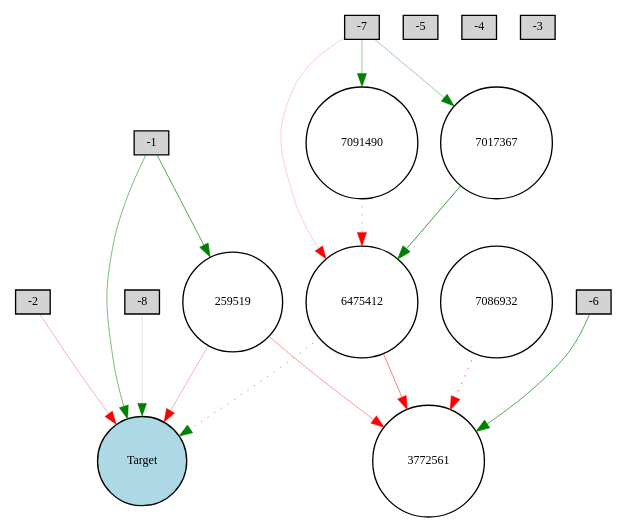
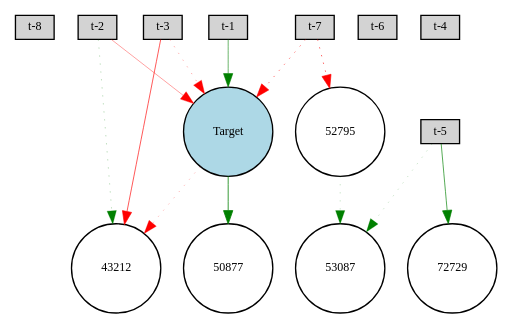
The diagram in sunspot/Digraph.gv (lafengxiaoyu/ENN), drawn with Graphviz before and after one commit. The commit also changed 18 other files, not shown here.

```diff
--- a/sunspot/Digraph.gv
+++ b/sunspot/Digraph.gv
@@ -1,33 +1,29 @@
 digraph {
 	node [fontsize=9 height=0.2 shape=circle width=0.2]
-	-8 [fillcolor=lightgray shape=box style=filled]
-	-7 [fillcolor=lightgray shape=box style=filled]
-	-6 [fillcolor=lightgray shape=box style=filled]
-	-5 [fillcolor=lightgray shape=box style=filled]
-	-4 [fillcolor=lightgray shape=box style=filled]
-	-3 [fillcolor=lightgray shape=box style=filled]
-	-2 [fillcolor=lightgray shape=box style=filled]
-	-1 [fillcolor=lightgray shape=box style=filled]
+	"t-8" [fillcolor=lightgray shape=box style=filled]
+	"t-7" [fillcolor=lightgray shape=box style=filled]
+	"t-6" [fillcolor=lightgray shape=box style=filled]
+	"t-5" [fillcolor=lightgray shape=box style=filled]
+	"t-4" [fillcolor=lightgray shape=box style=filled]
+	"t-3" [fillcolor=lightgray shape=box style=filled]
+	"t-2" [fillcolor=lightgray shape=box style=filled]
+	"t-1" [fillcolor=lightgray shape=box style=filled]
 	Target [fillcolor=lightblue style=filled]
-	7091490 [fillcolor=white style=filled]
-	3772561 [fillcolor=white style=filled]
-	6475412 [fillcolor=white style=filled]
-	7086932 [fillcolor=white style=filled]
-	7017367 [fillcolor=white style=filled]
-	259519 [fillcolor=white style=filled]
-	-1 -> Target [color=green penwidth=0.38695159306165394 style=solid]
-	-2 -> Target [color=red penwidth=0.24314809945534363 style=solid]
-	-1 -> 259519 [color=green penwidth=0.5107914329262134 style=solid]
-	259519 -> Target [color=red penwidth=0.24394600394803787 style=solid]
-	259519 -> 3772561 [color=red penwidth=0.29972631883945977 style=solid]
-	-7 -> 6475412 [color=red penwidth=0.14946138416990368 style=solid]
-	6475412 -> Target [color=green penwidth=0.40202806364034793 style=dotted]
-	-6 -> 3772561 [color=green penwidth=0.49932165495128267 style=solid]
-	-7 -> 7017367 [color=green penwidth=0.29062396691742454 style=solid]
-	7017367 -> 6475412 [color=green penwidth=0.5935429596824923 style=solid]
-	7086932 -> 3772561 [color=red penwidth=0.5246659808822448 style=dotted]
-	6475412 -> 3772561 [color=red penwidth=0.38232928936349264 style=solid]
-	-7 -> 7091490 [color=green penwidth=0.3275338639271335 style=solid]
-	7091490 -> 6475412 [color=red penwidth=0.3423130806243407 style=dotted]
-	-8 -> Target [color=green penwidth=0.1259617603399854 style=solid]
+	43212 [fillcolor=white style=filled]
+	72729 [fillcolor=white style=filled]
+	52795 [fillcolor=white style=filled]
+	50877 [fillcolor=white style=filled]
+	53087 [fillcolor=white style=filled]
+	"t-7" -> Target [color=red penwidth=0.4074328379512435 style=dotted]
+	"t-3" -> Target [color=red penwidth=0.2360080144177242 style=dotted]
+	"t-2" -> Target [color=red penwidth=0.27991962603561654 style=solid]
+	"t-1" -> Target [color=green penwidth=0.44040337804613594 style=solid]
+	"t-2" -> 43212 [color=green penwidth=0.21360235157363344 style=dotted]
+	Target -> 43212 [color=red penwidth=0.2114892259544016 style=dotted]
+	"t-3" -> 43212 [color=red penwidth=0.48789902825176024 style=solid]
+	"t-7" -> 52795 [color=red penwidth=0.47902536611783353 style=dotted]
+	"t-5" -> 53087 [color=green penwidth=0.16091295640827713 style=dotted]
+	"t-5" -> 72729 [color=green penwidth=0.4976551374959455 style=solid]
+	Target -> 50877 [color=green penwidth=0.5914141901497043 style=solid]
+	52795 -> 53087 [color=green penwidth=0.16417416131852436 style=dotted]
 }
```
